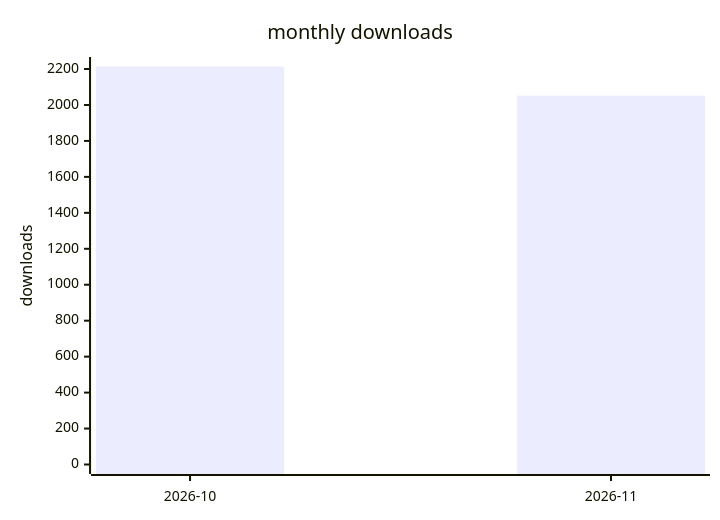
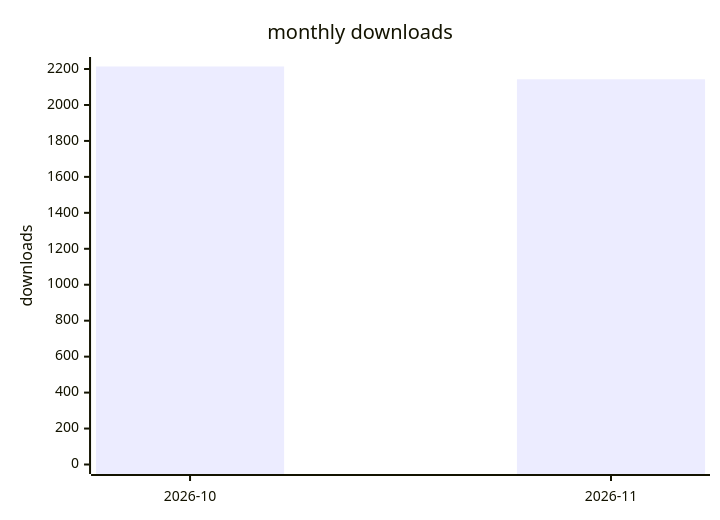
The second of 2 diagrams in docs/downloads-2026.md (terry2010/dsh-rss-news-daily), drawn with Mermaid before and after one commit. The commit also changed other lines of this file and 1 other file, not shown here.

````diff
--- a/docs/downloads-2026.md
+++ b/docs/downloads-2026.md
@@ -29,7 +29,7 @@
 ```mermaid
 xychart-beta
     title "monthly downloads"
     x-axis ["2026-10", "2026-11"]
     y-axis "downloads" 0 --> 2214
-    bar [2214, 2052]
+    bar [2214, 2143]
 ```
````
